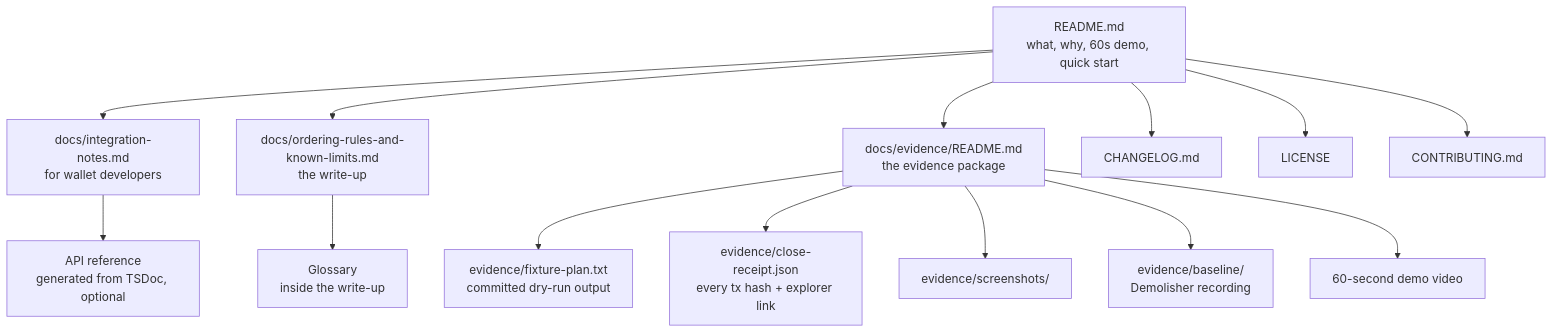
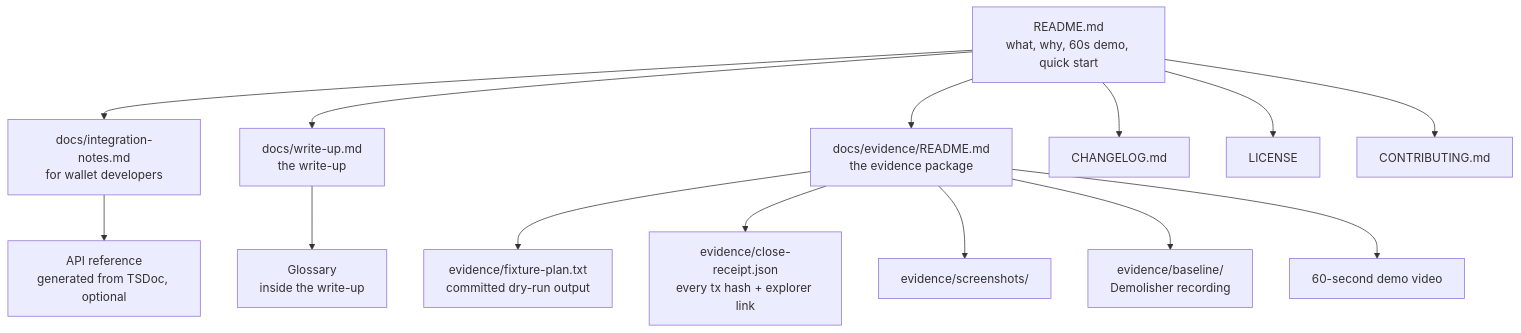
The diagram in docs/documentation-plan.md (0xsimoneth/dustin), drawn with Mermaid before and after one commit. The commit also changed other lines of this file, not shown here.

Commit message:
Docs: documentation plan follows PRD decisions D-2 (SDK names, events, no resume option) and D-6 (exit code 3), day-1 experiment 4, and the write-up path docs/write-up.md

````diff
--- a/docs/documentation-plan.md
+++ b/docs/documentation-plan.md
@@ -23,16 +23,16 @@
 ```mermaid
 flowchart TD
     README[README.md<br/>what, why, 60s demo, quick start] --> INT[docs/integration-notes.md<br/>for wallet developers]
-    README --> WU[docs/ordering-rules-and-known-limits.md<br/>the write-up]
+    README --> WU[docs/write-up.md<br/>the write-up]
     README --> EV[docs/evidence/README.md<br/>the evidence package]
     README --> CH[CHANGELOG.md]
     README --> LIC[LICENSE]
     README --> CONTRIB[CONTRIBUTING.md]
     EV --> FIX[evidence/fixture-plan.txt<br/>committed dry-run output]
     EV --> RCPT[evidence/close-receipt.json<br/>every tx hash + explorer link]
     EV --> SHOTS[evidence/screenshots/]
     EV --> BASE[evidence/baseline/<br/>Demolisher recording]
     EV --> VID[60-second demo video]
     WU --> GLOSS[Glossary<br/>inside the write-up]
     INT --> API[API reference<br/>generated from TSDoc, optional]
 ```
````
